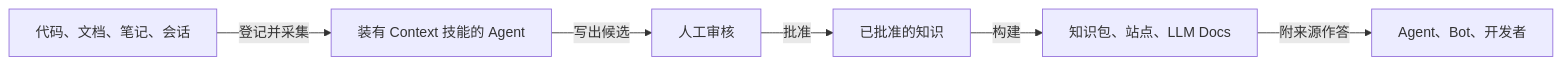
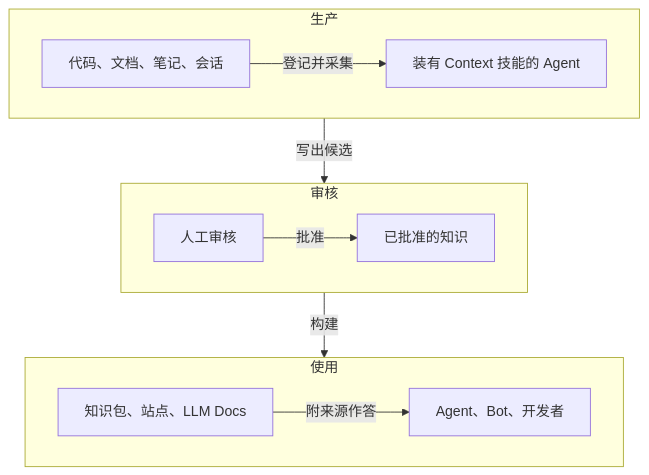
The diagram in translations/zh-CN/product/getting-started/what-is-context.md (context4ai/portal), drawn with Mermaid before and after one commit. The commit also changed other lines of this file and 25 other files, not shown here.

First line of the commit message:
feat(v0.9.0): add Source Graph deployment recommendations and site feedback fixes (#4)

````diff
--- a/translations/zh-CN/product/getting-started/what-is-context.md
+++ b/translations/zh-CN/product/getting-started/what-is-context.md
@@ -24,8 +24,17 @@
 ```mermaid
-flowchart LR
-  src["代码、文档、笔记、会话"] -->|"登记并采集"| agent["装有 Context 技能的 Agent"]
-  agent -->|"写出候选"| review["人工审核"]
-  review -->|"批准"| kb["已批准的知识"]
-  kb -->|"构建"| out["知识包、站点、LLM Docs"]
-  out -->|"附来源作答"| users["Agent、Bot、开发者"]
+flowchart TB
+  subgraph produce["生产"]
+    direction LR
+    src["代码、文档、笔记、会话"] -->|"登记并采集"| agent["装有 Context 技能的 Agent"]
+  end
+  subgraph approve["审核"]
+    direction LR
+    review["人工审核"] -->|"批准"| kb["已批准的知识"]
+  end
+  subgraph use["使用"]
+    direction LR
+    out["知识包、站点、LLM Docs"] -->|"附来源作答"| users["Agent、Bot、开发者"]
+  end
+  produce -->|"写出候选"| approve
+  approve -->|"构建"| use
 ```
````
